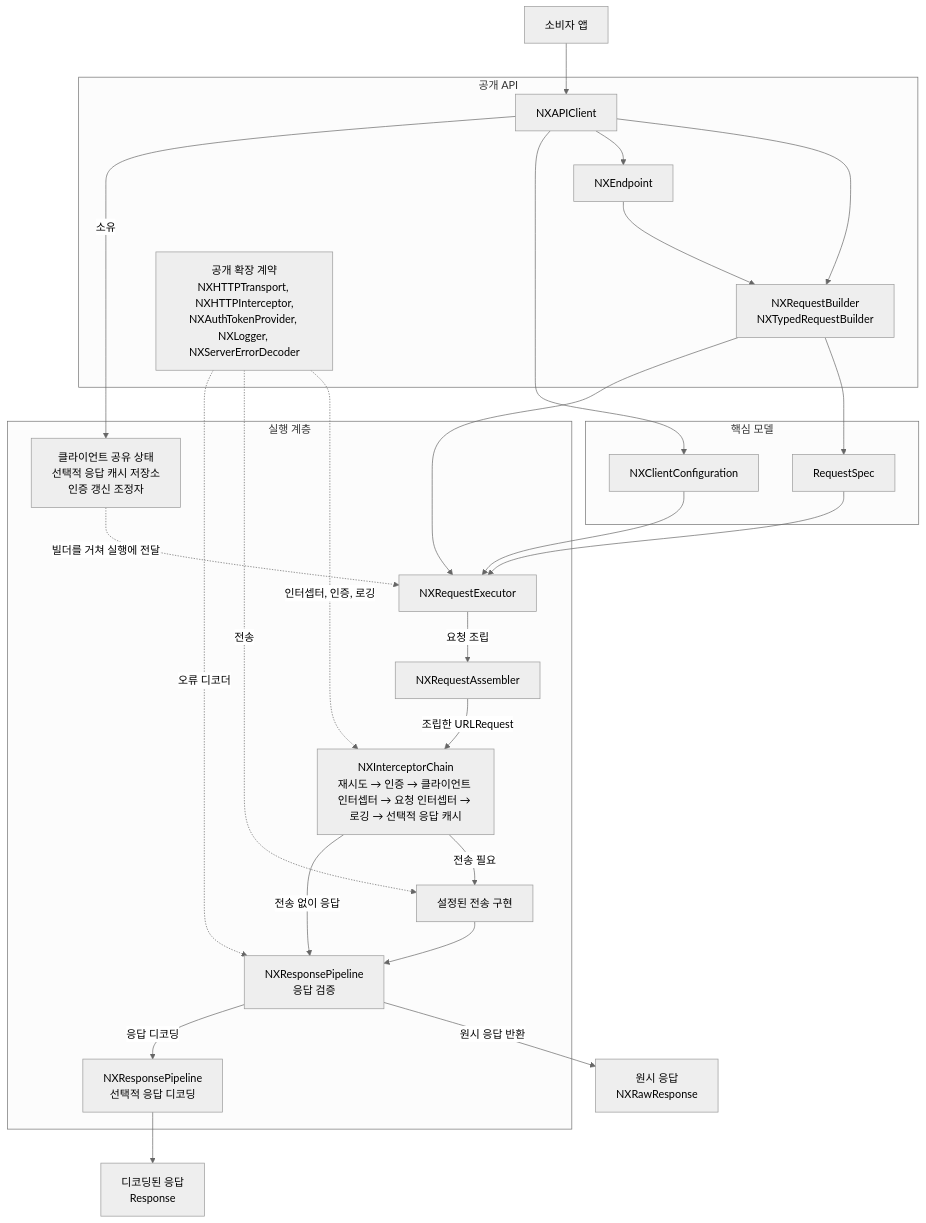
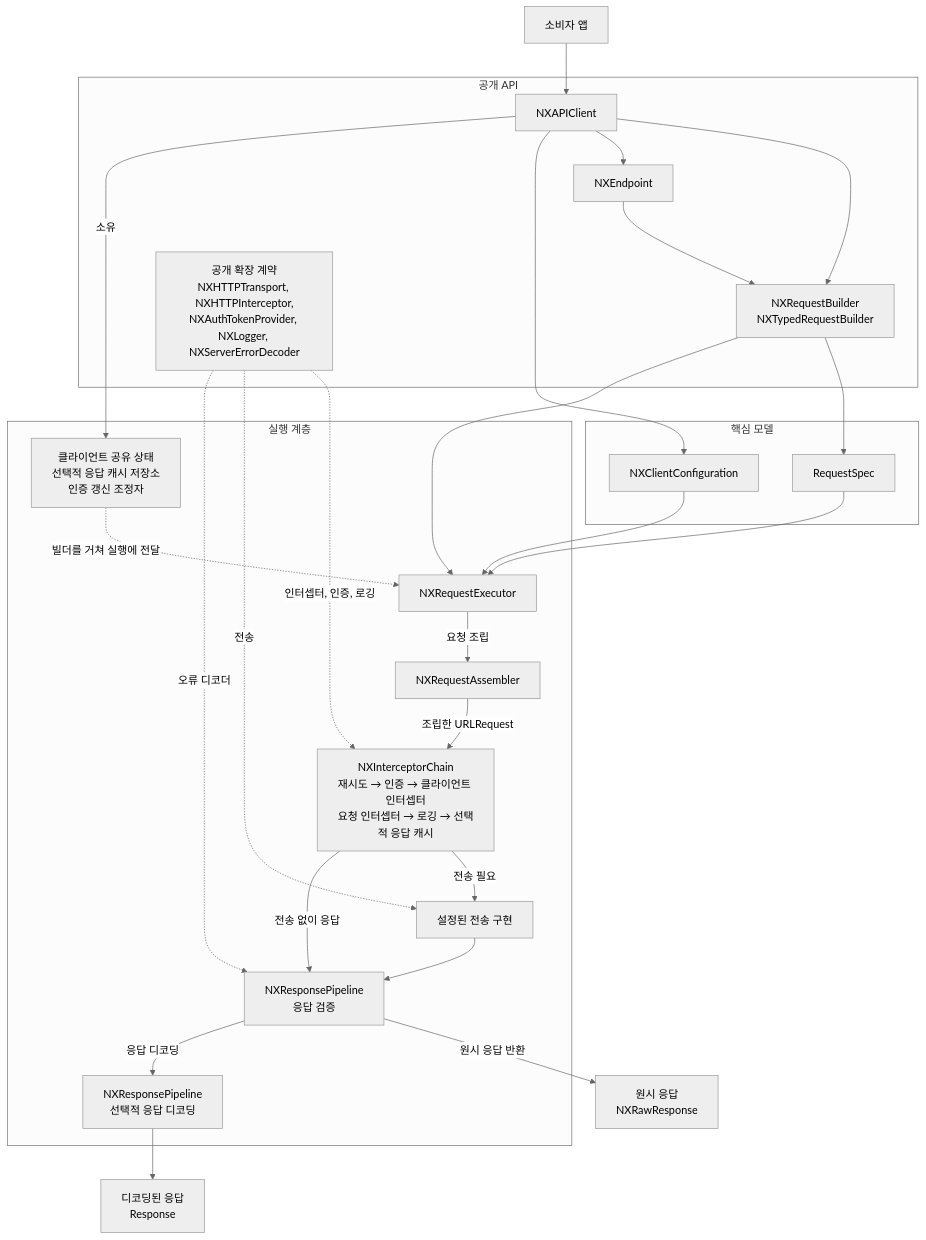
The diagram in README.md (opficdev/Nexa), drawn with Mermaid (neutral theme) before and after one commit. The commit also changed other lines of this file and 1 other file, not shown here.

Commit message:
docs: README 탐색성과 다이어그램 가독성 보완

````diff
--- a/README.md
+++ b/README.md
@@ -183,55 +186,55 @@
 ```mermaid
 flowchart TB
     application[소비자 앱] --> client[NXAPIClient]
 
     subgraph publicAPI[공개 API]
         client
         builder[NXRequestBuilder<br/>NXTypedRequestBuilder]
         endpoint[NXEndpoint]
         extensionPoints[공개 확장 계약<br/>NXHTTPTransport, NXHTTPInterceptor,<br/>NXAuthTokenProvider, NXLogger, NXServerErrorDecoder]
 
         client --> builder
         client --> endpoint
         endpoint --> builder
     end
 
     subgraph core[핵심 모델]
         configuration[NXClientConfiguration]
         requestSpec[RequestSpec]
     end
 
     client --> configuration
     builder --> requestSpec
 
     subgraph runtime[실행 계층]
         sharedState[클라이언트 공유 상태<br/>선택적 응답 캐시 저장소<br/>인증 갱신 조정자]
         executor[NXRequestExecutor]
         assembler[NXRequestAssembler]
-        interceptors[NXInterceptorChain<br/>재시도 → 인증 → 클라이언트 인터셉터 → 요청 인터셉터 → 로깅 → 선택적 응답 캐시]
+        interceptors[NXInterceptorChain<br/>재시도 → 인증 → 클라이언트 인터셉터<br/>요청 인터셉터 → 로깅 → 선택적 응답 캐시]
         configuredTransport[설정된 전송 구현]
         validation[NXResponsePipeline<br/>응답 검증]
         decoding[NXResponsePipeline<br/>선택적 응답 디코딩]
     end
 
     client -->|소유| sharedState
     sharedState -.->|빌더를 거쳐 실행에 전달| executor
 
     builder --> executor
     configuration --> executor
     requestSpec --> executor
 
     executor -->|요청 조립| assembler
     assembler -->|조립한 URLRequest| interceptors
 
     interceptors -->|전송 필요| configuredTransport
     configuredTransport --> validation
     interceptors -->|전송 없이 응답| validation
 
     validation -->|원시 응답 반환| rawResponse[원시 응답<br/>NXRawResponse]
     validation -->|응답 디코딩| decoding
     decoding --> decodedResponse[디코딩된 응답<br/>Response]
 
     extensionPoints -.->|인터셉터, 인증, 로깅| interceptors
     extensionPoints -.->|전송| configuredTransport
     extensionPoints -.->|오류 디코더| validation
 ```
````
